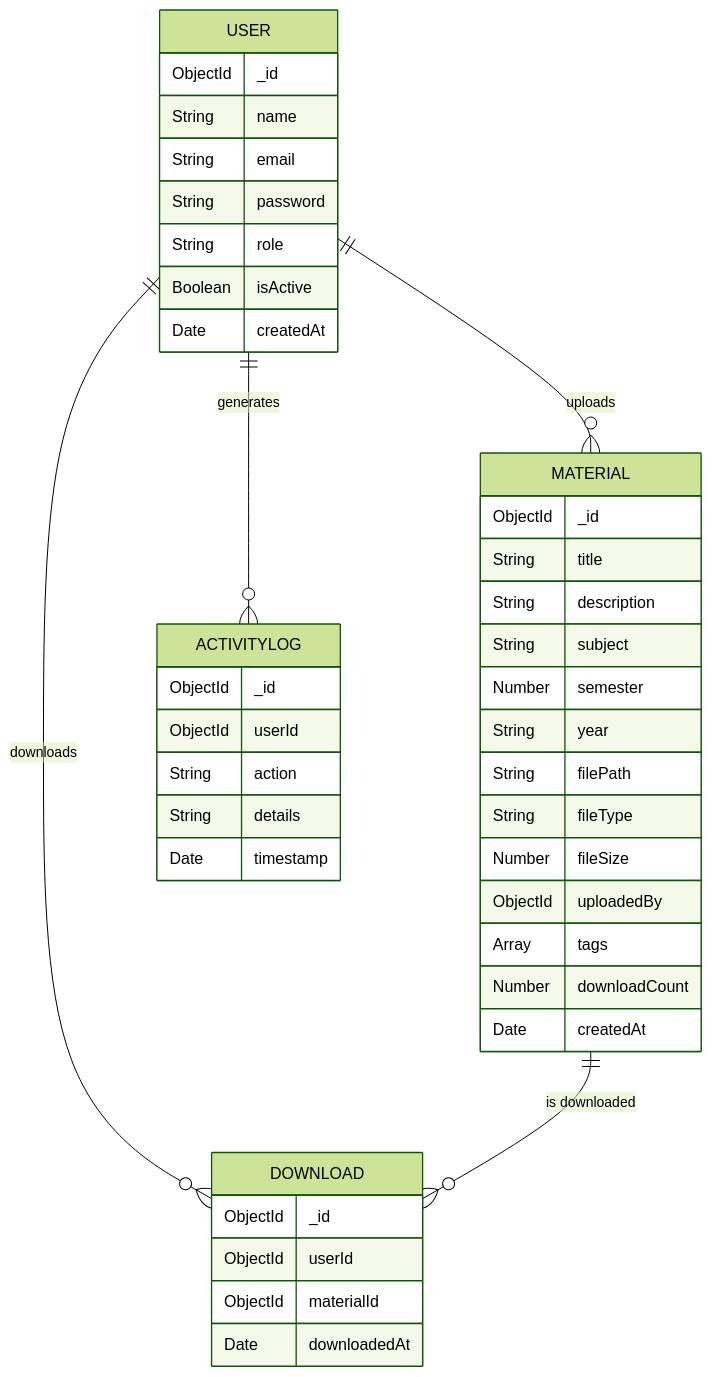
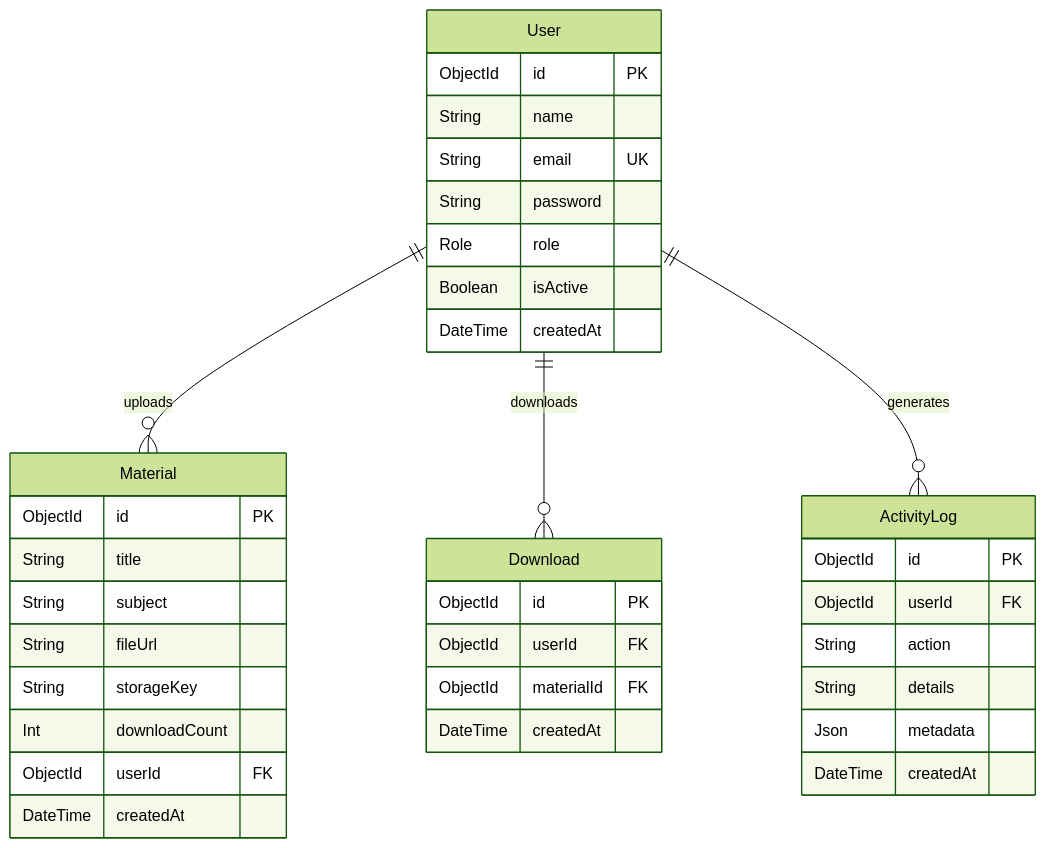
Before and after one commit to Barshan-Majumdar/StudyQ: the diagram in README.md, drawn with Mermaid (forest theme). The commit also changed other lines of this file and 118 other files, not shown here.

````diff
--- a/README.md
+++ b/README.md
@@ -349,45 +209,43 @@
 ```mermaid
 erDiagram
-    USER {
-        ObjectId _id
+    User ||--o{ Material : uploads
+    User ||--o{ Download : downloads
+    User ||--o{ ActivityLog : generates
+
+    User {
+        ObjectId id PK
         String name
-        String email
+        String email UK
         String password
-        String role
+        Role role
         Boolean isActive
-        Date createdAt
+        DateTime createdAt
     }
-    MATERIAL {
-        ObjectId _id
+
+    Material {
+        ObjectId id PK
         String title
-        String description
         String subject
-        Number semester
-        String year
-        String filePath
-        String fileType
-        Number fileSize
-        ObjectId uploadedBy
-        Array tags
-        Number downloadCount
-        Date createdAt
+        String fileUrl
+        String storageKey
+        Int downloadCount
+        ObjectId userId FK
+        DateTime createdAt
     }
-    DOWNLOAD {
-        ObjectId _id
-        ObjectId userId
-        ObjectId materialId
-        Date downloadedAt
+
+    Download {
+        ObjectId id PK
+        ObjectId userId FK
+        ObjectId materialId FK
+        DateTime createdAt
     }
-    ACTIVITYLOG {
-        ObjectId _id
-        ObjectId userId
+
+    ActivityLog {
+        ObjectId id PK
+        ObjectId userId FK
         String action
         String details
-        Date timestamp
+        Json metadata
+        DateTime createdAt
     }
-
-    USER ||--o{ MATERIAL : uploads
-    USER ||--o{ DOWNLOAD : downloads
-    USER ||--o{ ACTIVITYLOG : generates
-    MATERIAL ||--o{ DOWNLOAD : "is downloaded"
 ```
````
